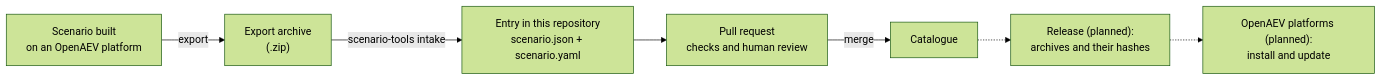
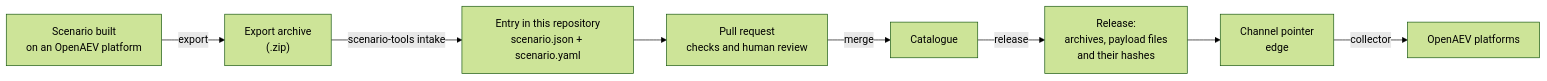
One commit to OpenAEV-Platform/scenarios changed the diagram in README.md. Above: the diagram before and after it, drawn with Mermaid (forest theme). The commit also changed other lines of this file and 11 other files, not shown here.

````diff
--- a/README.md
+++ b/README.md
@@ -31,9 +30,10 @@
 ```mermaid
 flowchart LR
     A["Scenario built<br/>on an OpenAEV platform"] -->|export| B["Export archive<br/>(.zip)"]
     B -->|"scenario-tools intake"| C["Entry in this repository<br/>scenario.json + scenario.yaml"]
     C --> D["Pull request<br/>checks and human review"]
     D -->|merge| E["Catalogue"]
-    E -.-> F["Release (planned):<br/>archives and their hashes"]
-    F -.-> G["OpenAEV platforms (planned):<br/>install and update"]
+    E -->|release| F["Release:<br/>archives, payload files<br/>and their hashes"]
+    F --> G["Channel pointer<br/>edge"]
+    G -->|"collector"| H["OpenAEV platforms"]
 ```
````
